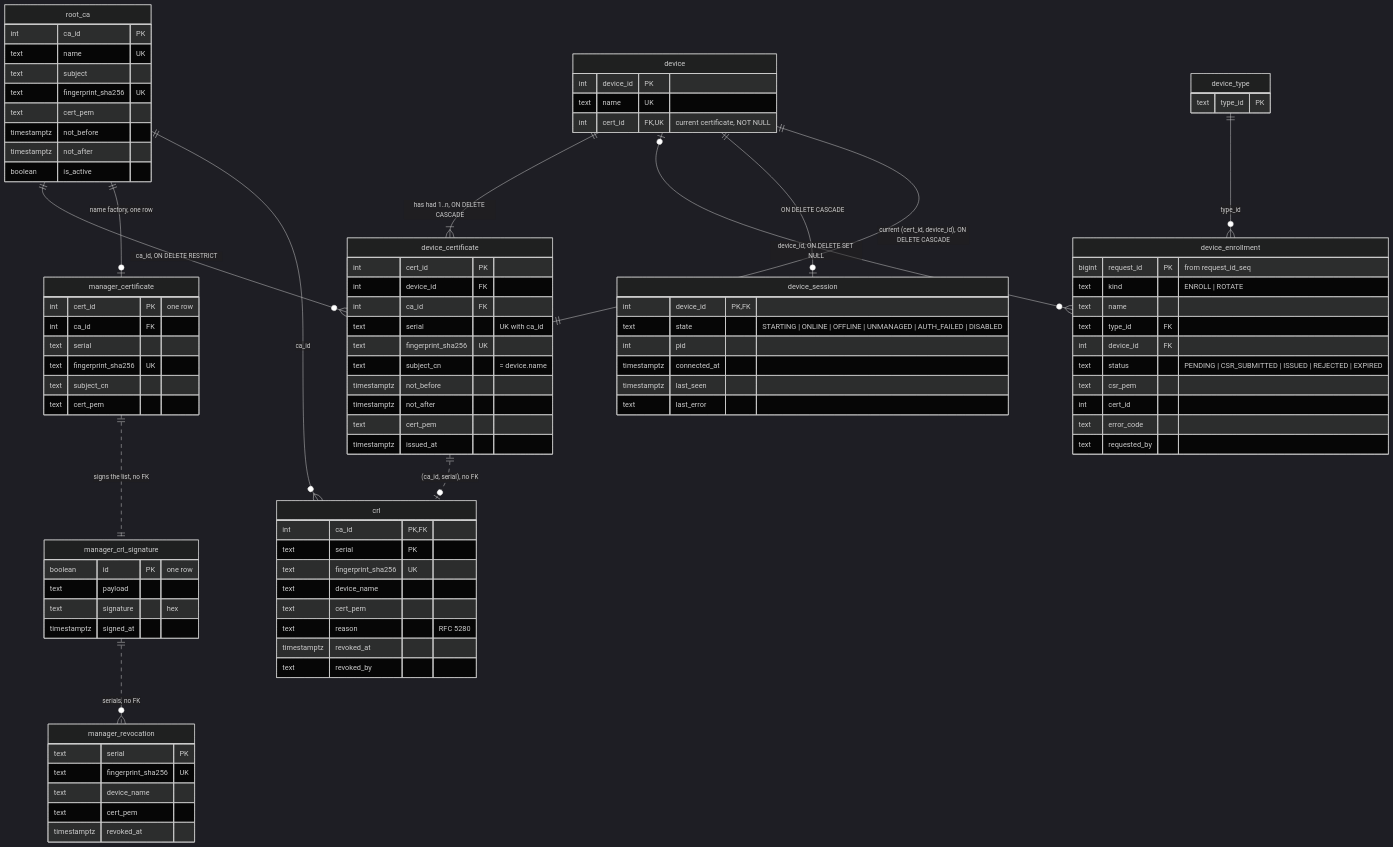
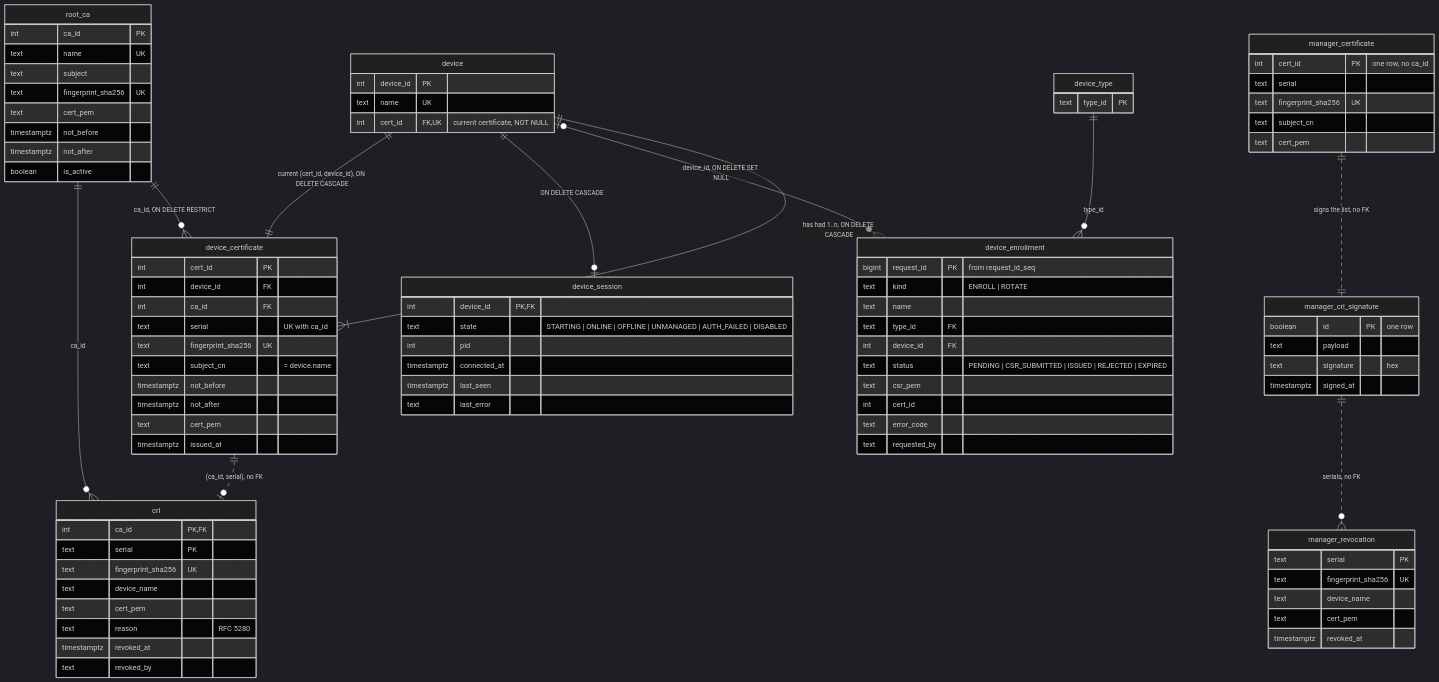
Before and after one commit to jgmatu/postgresql: the fourth of 8 diagrams in sql/README.md, drawn with Mermaid (dark theme). The commit also changed other lines of this file and 21 other files, not shown here.

Commit message:
Make the manager its own root so the factory no longer issues its certificate.

```diff
--- a/sql/README.md
+++ b/sql/README.md
@@ -184,7 +184,6 @@
     device ||--|{ device_certificate : "has had 1..n, ON DELETE CASCADE"
     device_certificate ||--|| device : "current (cert_id, device_id), ON DELETE CASCADE"
     root_ca ||--o{ device_certificate : "ca_id, ON DELETE RESTRICT"
-    root_ca ||--o| manager_certificate : "name factory, one row"
     root_ca ||--o{ crl : "ca_id"
     device_certificate ||..o| crl : "(ca_id, serial), no FK"
     manager_certificate ||..|| manager_crl_signature : "signs the list, no FK"
@@ -234,8 +233,7 @@
         text revoked_by
     }
     manager_certificate {
-        int cert_id PK "one row"
-        int ca_id FK
+        int cert_id PK "one row, no ca_id"
         text serial
         text fingerprint_sha256 UK
         text subject_cn
```
